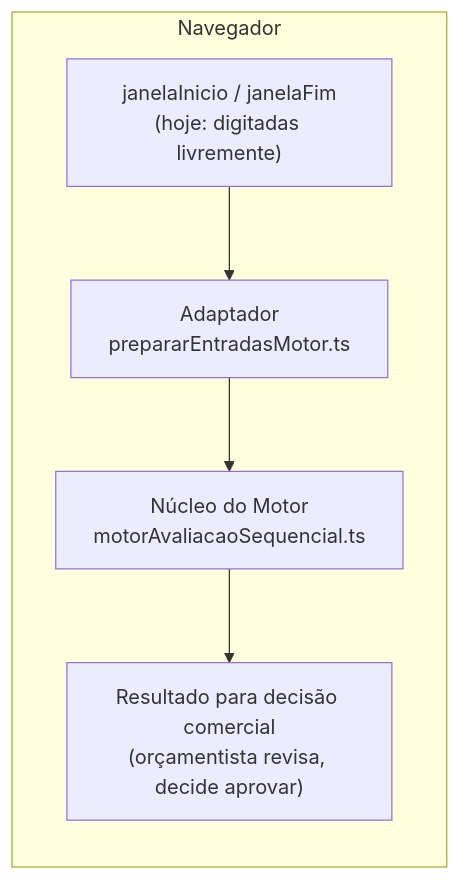
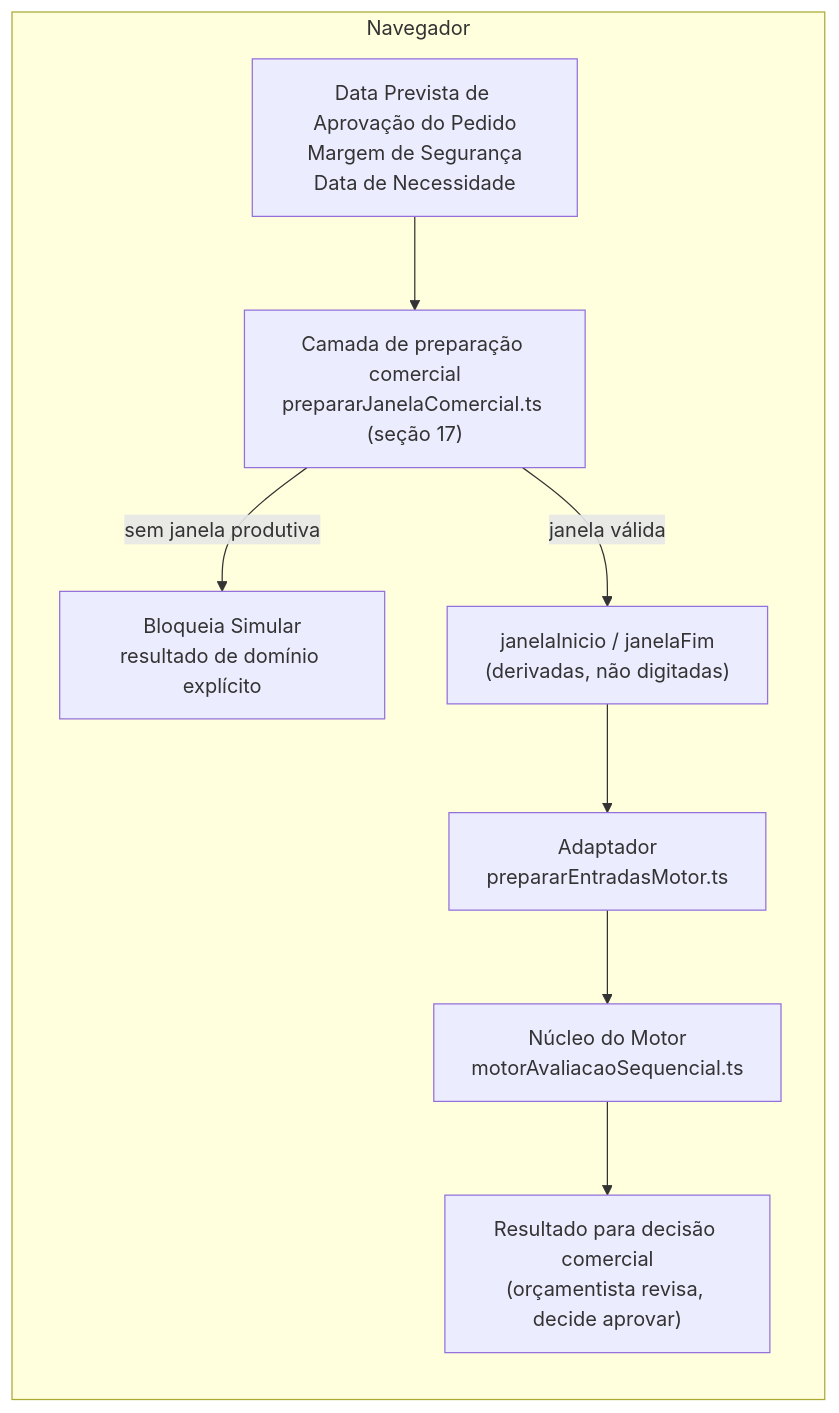
The first of 3 diagrams in knowledge/arquitetura-tecnica/PAD-008_Motor_Capacidade.md (nexotfe/sistema-producao), drawn with Mermaid before and after one commit. The commit also changed other lines of this file, not shown here.

Commit message:
docs(arquitetura-tecnica): atualiza PAD-008 - seção 17 implementada (Entrega 1)

````diff
--- a/knowledge/arquitetura-tecnica/PAD-008_Motor_Capacidade.md
+++ b/knowledge/arquitetura-tecnica/PAD-008_Motor_Capacidade.md
@@ -71,8 +73,11 @@
 ```mermaid
 flowchart LR
     subgraph Cliente["Navegador"]
-        A["janelaInicio / janelaFim<br/>(hoje: digitadas livremente)"] --> B["Adaptador<br/>prepararEntradasMotor.ts"]
+        P1["Data Prevista de Aprovação do Pedido<br/>Margem de Segurança<br/>Data de Necessidade"] --> P2["Camada de preparação comercial<br/>prepararJanelaComercial.ts (seção 17)"]
+        P2 -- "sem janela produtiva" --> P3["Bloqueia Simular<br/>resultado de domínio explícito"]
+        P2 -- "janela válida" --> A["janelaInicio / janelaFim<br/>(derivadas, não digitadas)"]
+        A --> B["Adaptador<br/>prepararEntradasMotor.ts"]
         B --> C["Núcleo do Motor<br/>motorAvaliacaoSequencial.ts"]
         C --> D["Resultado para decisão comercial<br/>(orçamentista revisa, decide aprovar)"]
     end
 ```
````
